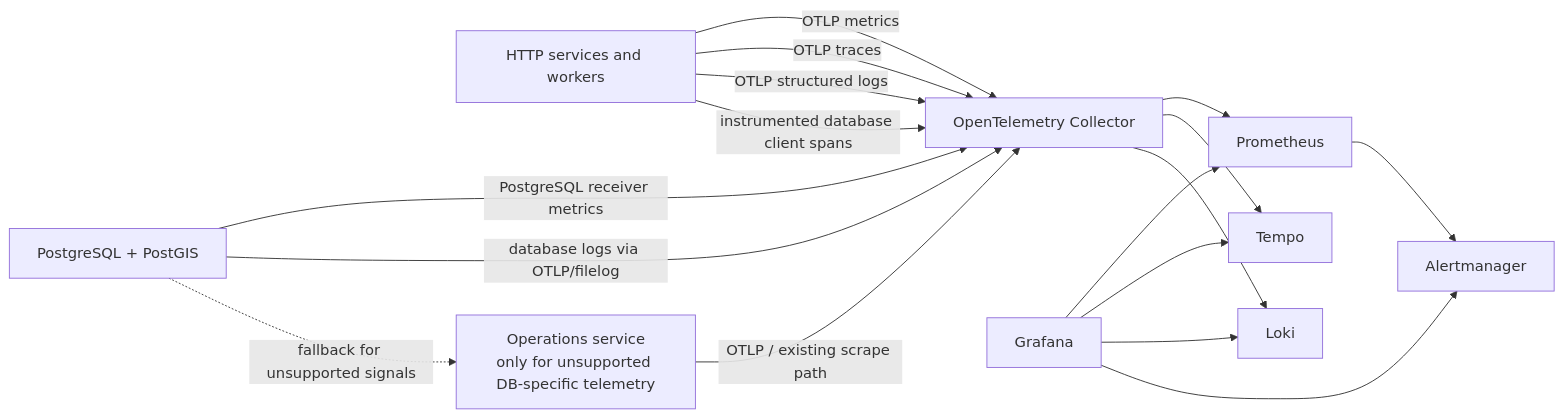
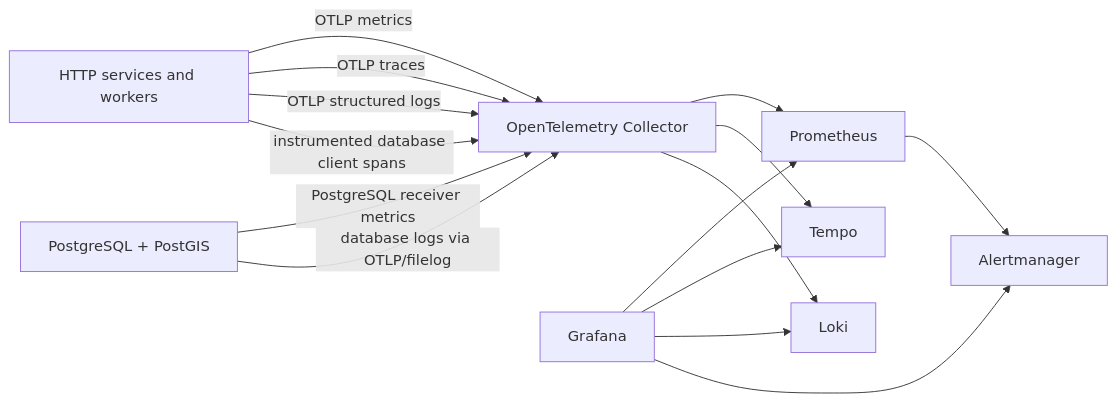
One commit to myota-platform/myota-docs changed the first of 2 diagrams in docs/observability/logging-implementation.md. Above: the diagram before and after it, drawn with Mermaid. The commit also changed other lines of this file and 16 other files, not shown here.

````diff
--- a/docs/observability/logging-implementation.md
+++ b/docs/observability/logging-implementation.md
@@ -32,30 +32,26 @@
 ```mermaid
 flowchart LR
   Services[HTTP services and workers]
   OTel[OpenTelemetry Collector]
   Prom[Prometheus]
   Tempo[Tempo]
   Loki[Loki]
   Grafana[Grafana]
   Alert[Alertmanager]
 
   Services -->|OTLP metrics| OTel
   Services -->|OTLP traces| OTel
   Services -->|OTLP structured logs| OTel
   OTel --> Prom
   OTel --> Tempo
   OTel --> Loki
   Postgres[PostgreSQL + PostGIS]
-  Operations[Operations service
-only for unsupported DB-specific telemetry]
   Postgres -->|PostgreSQL receiver metrics| OTel
   Postgres -->|database logs via OTLP/filelog| OTel
   Services -->|instrumented database client spans| OTel
-  Postgres -.->|fallback for unsupported signals| Operations
-  Operations -->|OTLP / existing scrape path| OTel
   Grafana --> Prom
   Grafana --> Tempo
   Grafana --> Loki
   Prom --> Alert
   Grafana --> Alert
 ```
````
